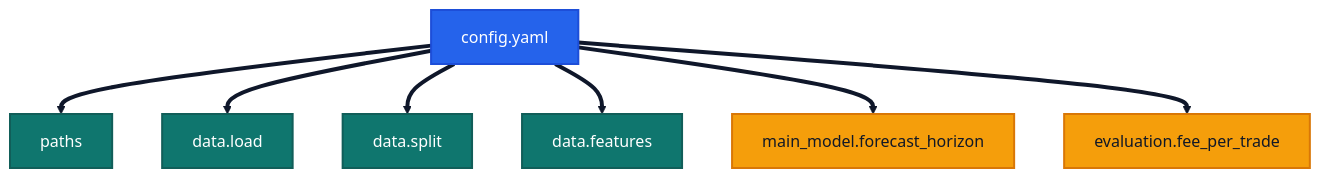
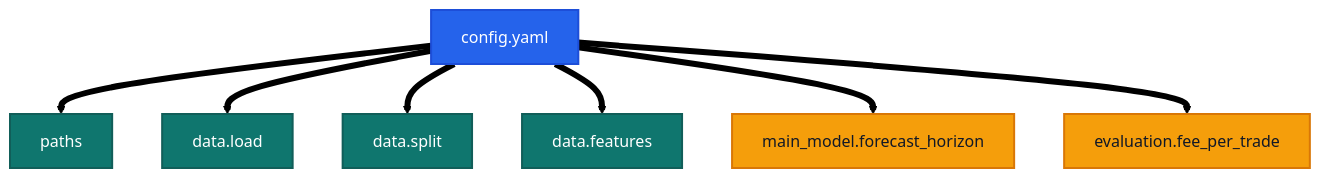
The second of 2 diagrams in README.md (Pablo-Molla-Charlez/SecondaryModel), drawn with Mermaid before and after one commit. The commit also changed other lines of this file, not shown here.

````diff
--- a/README.md
+++ b/README.md
@@ -54,17 +54,17 @@
 ```mermaid
 %%{init: {'theme': 'base', 'themeVariables': { 'primaryColor': '#2563eb', 'primaryBorderColor': '#1d4ed8', 'primaryTextColor': '#ffffff', 'secondaryColor': '#f59e0b', 'tertiaryColor': '#dcfce7', 'lineColor': '#0f172a', 'background': '#ffffff'}}}%%
 flowchart TD
     A[config.yaml] --> B[paths]
     A --> C[data.load]
     A --> D[data.split]
     A --> E[data.features]
     A --> F[main_model.forecast_horizon]
     A --> G[evaluation.fee_per_trade]
     classDef root fill:#2563eb,stroke:#1d4ed8,color:#ffffff,stroke-width:2px;
     classDef group fill:#0f766e,stroke:#115e59,color:#ffffff,stroke-width:2px;
     classDef detail fill:#f59e0b,stroke:#d97706,color:#111827,stroke-width:2px;
     class A root;
     class B,C,D,E group;
     class F,G detail;
-    linkStyle default stroke:#0f172a,stroke-width:4px;
+    linkStyle default stroke:#000000,stroke-width:6px;
 ```
````
